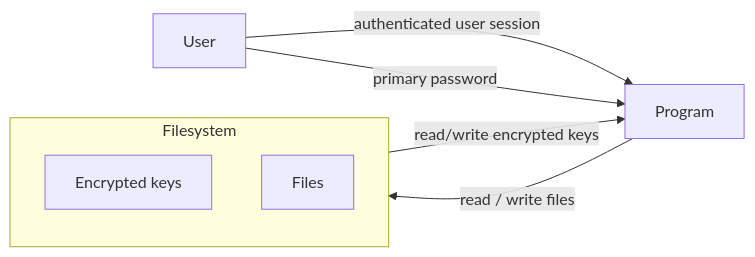
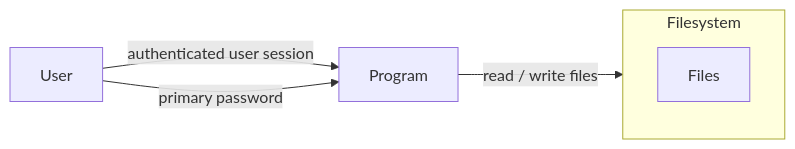
The diagram in DESIGN.md (FLAK-ZOSO/ics0022), drawn with Mermaid before and after one commit. The commit also changed 2 other files, not shown here.

Commit message:
Unrealistic and nonsensical to have per-file keys

````diff
--- a/DESIGN.md
+++ b/DESIGN.md
@@ -5,16 +5,14 @@
 ```mermaid
 flowchart LR
     U[User]
     P[Program]
 
     subgraph FS[Filesystem]
         direction TB
-        K[Encrypted keys]
         F[Files]
     end
 
     U -->|authenticated user session| P
     U -->|primary password| P
-    K -->|read/write encrypted keys| P
     P -->|read / write files| F
 ```
````
